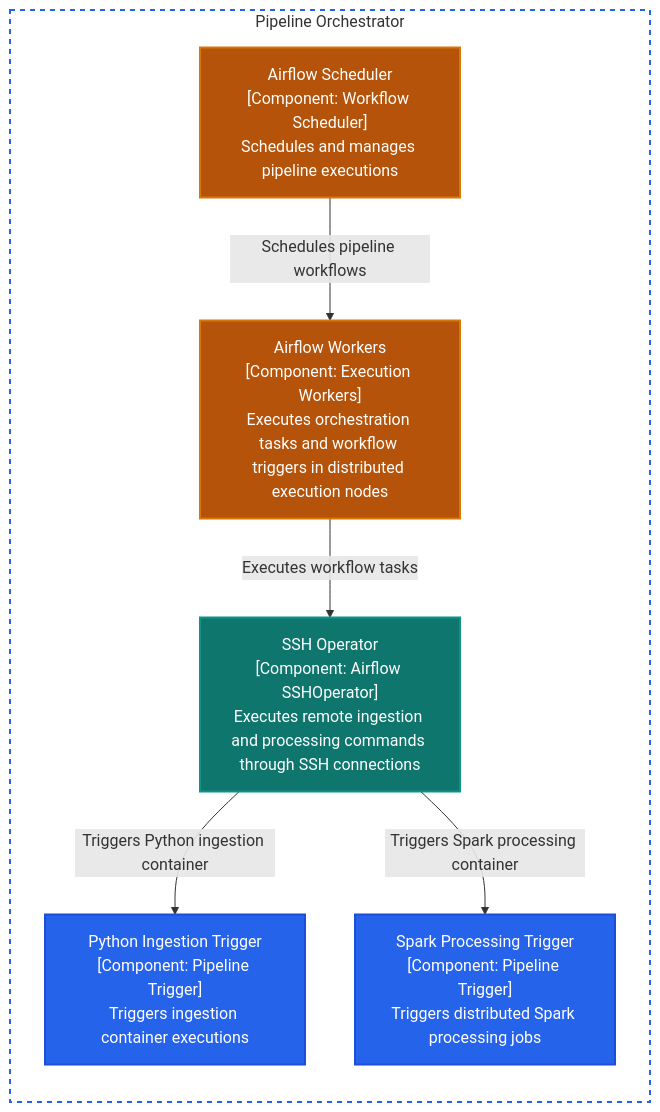
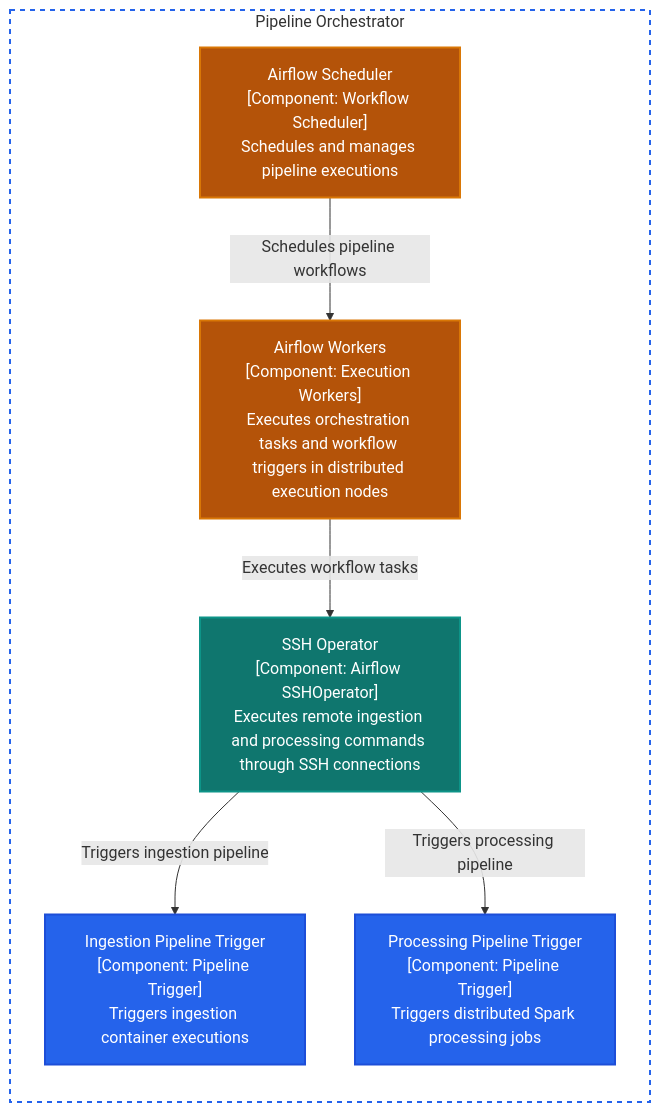
One commit to mentoria-edu/data_vet changed the diagram in docs/c4/level_3_components/pipeline_oschestrator.md. Above: the diagram before and after it, drawn with Mermaid. The commit also changed 12 other files, not shown here.

Commit message:
atualizando diagramas c4

````diff
--- a/docs/c4/level_3_components/pipeline_oschestrator.md
+++ b/docs/c4/level_3_components/pipeline_oschestrator.md
@@ -1,61 +1,61 @@
 ```mermaid
 flowchart TB
 
     %% =====================================================
     %% CONTAINER BOUNDARY
     %% =====================================================
 
     subgraph ORCHESTRATOR_BOUNDARY["Pipeline Orchestrator"]
 
         direction TB
 
         SCHEDULER["Airflow Scheduler<br/>[Component: Workflow Scheduler]<br/>Schedules and manages pipeline executions"]
 
         WORKERS["Airflow Workers<br/>[Component: Execution Workers]<br/>Executes orchestration tasks and workflow triggers in distributed execution nodes"]
 
         OPERATOR["SSH Operator<br/>[Component: Airflow SSHOperator]<br/>Executes remote ingestion and processing commands through SSH connections"]
 
-        PYTHON["Python Ingestion Trigger<br/>[Component: Pipeline Trigger]<br/>Triggers ingestion container executions"]
+        PYTHON["Ingestion Pipeline Trigger<br/>[Component: Pipeline Trigger]<br/>Triggers ingestion container executions"]
 
-        SPARK["Spark Processing Trigger<br/>[Component: Pipeline Trigger]<br/>Triggers distributed Spark processing jobs"]
+        SPARK["Processing Pipeline Trigger<br/>[Component: Pipeline Trigger]<br/>Triggers distributed Spark processing jobs"]
 
     end
 
     %% =====================================================
     %% FLOWS
     %% =====================================================
 
     SCHEDULER -->|Schedules pipeline workflows| WORKERS
 
     WORKERS -->|Executes workflow tasks| OPERATOR
 
-    OPERATOR -->|Triggers Python ingestion container| PYTHON
+    OPERATOR -->|Triggers ingestion pipeline| PYTHON
 
-    OPERATOR -->|Triggers Spark processing container| SPARK
+    OPERATOR -->|Triggers processing pipeline| SPARK
 
     %% =====================================================
     %% COLORS
     %% =====================================================
 
     %% Orchestrator Components
     classDef orchestration fill:#B45309,stroke:#D97706,color:#FFFFFF,stroke-width:2px;
 
     %% Operator
     classDef operator fill:#0F766E,stroke:#0D9488,color:#FFFFFF,stroke-width:2px;
 
     %% Trigger
     classDef trigger fill:#2563EB,stroke:#1D4ED8,color:#FFFFFF,stroke-width:2px;
 
     %% Boundary
     style ORCHESTRATOR_BOUNDARY fill:none,stroke:#2563EB,stroke-width:2px,stroke-dasharray: 5 5
 
     %% =====================================================
     %% CLASS ASSIGNMENT
     %% =====================================================
 
     class SCHEDULER,WORKERS orchestration;
 
     class OPERATOR operator;
 
     class PYTHON,SPARK trigger;
 ```
````
